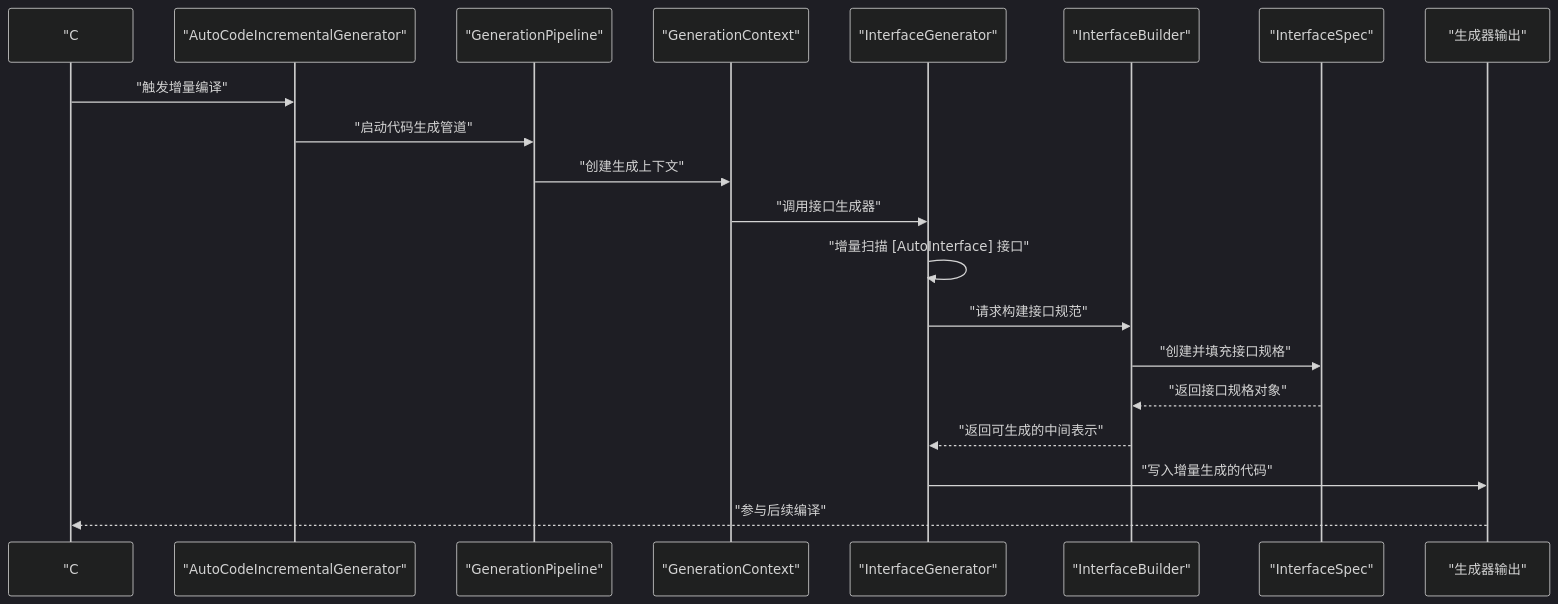
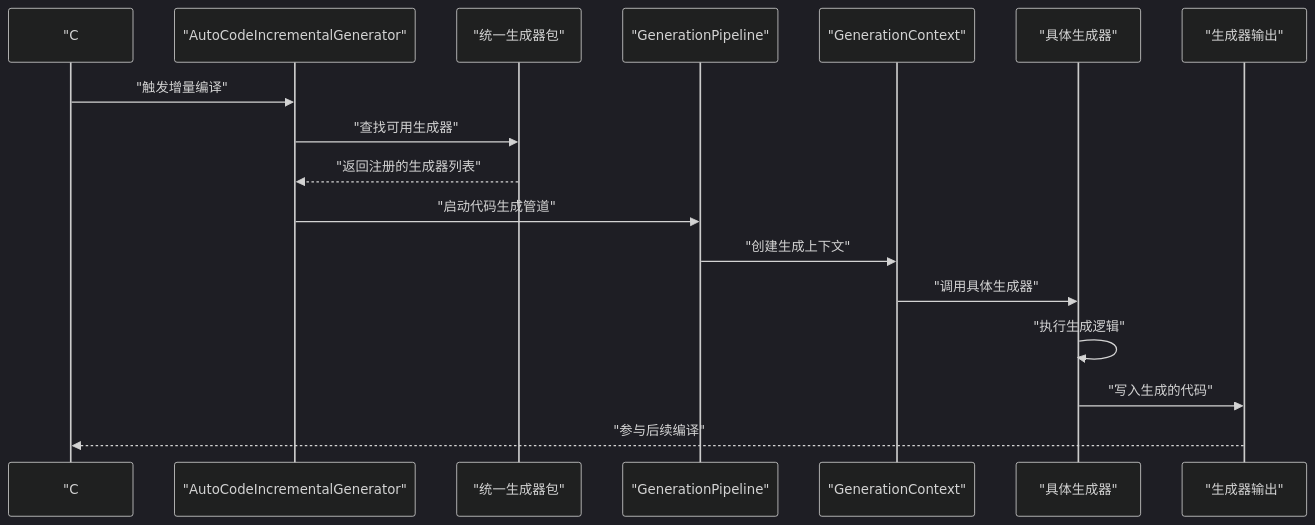
Before and after one commit to alivy/AutoCode: the second of 7 diagrams in .qoder/repowiki/zh/content/源代码生成器/源代码生成器.md, drawn with Mermaid (dark theme). The commit also changed other lines of this file and 53 other files, not shown here.

````diff
--- a/.qoder/repowiki/zh/content/源代码生成器/源代码生成器.md
+++ b/.qoder/repowiki/zh/content/源代码生成器/源代码生成器.md
@@ -168,22 +134,19 @@
 ```mermaid
 sequenceDiagram
 participant Compiler as "C# 编译器"
 participant IncGen as "AutoCodeIncrementalGenerator"
+participant UniGen as "统一生成器包"
 participant Pipe as "GenerationPipeline"
 participant Ctx as "GenerationContext"
-participant Gen as "InterfaceGenerator"
-participant Bld as "InterfaceBuilder"
-participant Spec as "InterfaceSpec"
+participant Gen as "具体生成器"
 participant Output as "生成器输出"
 Compiler->>IncGen : "触发增量编译"
+IncGen->>UniGen : "查找可用生成器"
+UniGen-->>IncGen : "返回注册的生成器列表"
 IncGen->>Pipe : "启动代码生成管道"
 Pipe->>Ctx : "创建生成上下文"
-Ctx->>Gen : "调用接口生成器"
-Gen->>Gen : "增量扫描 [AutoInterface] 接口"
-Gen->>Bld : "请求构建接口规范"
-Bld->>Spec : "创建并填充接口规格"
-Spec-->>Bld : "返回接口规格对象"
-Bld-->>Gen : "返回可生成的中间表示"
-Gen->>Output : "写入增量生成的代码"
+Ctx->>Gen : "调用具体生成器"
+Gen->>Gen : "执行生成逻辑"
+Gen->>Output : "写入生成的代码"
 Output-->>Compiler : "参与后续编译"
 ```
````
